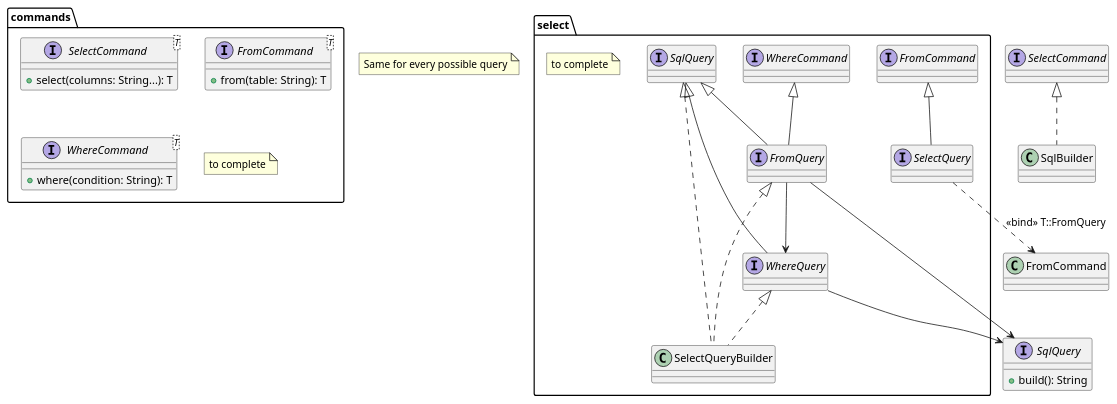
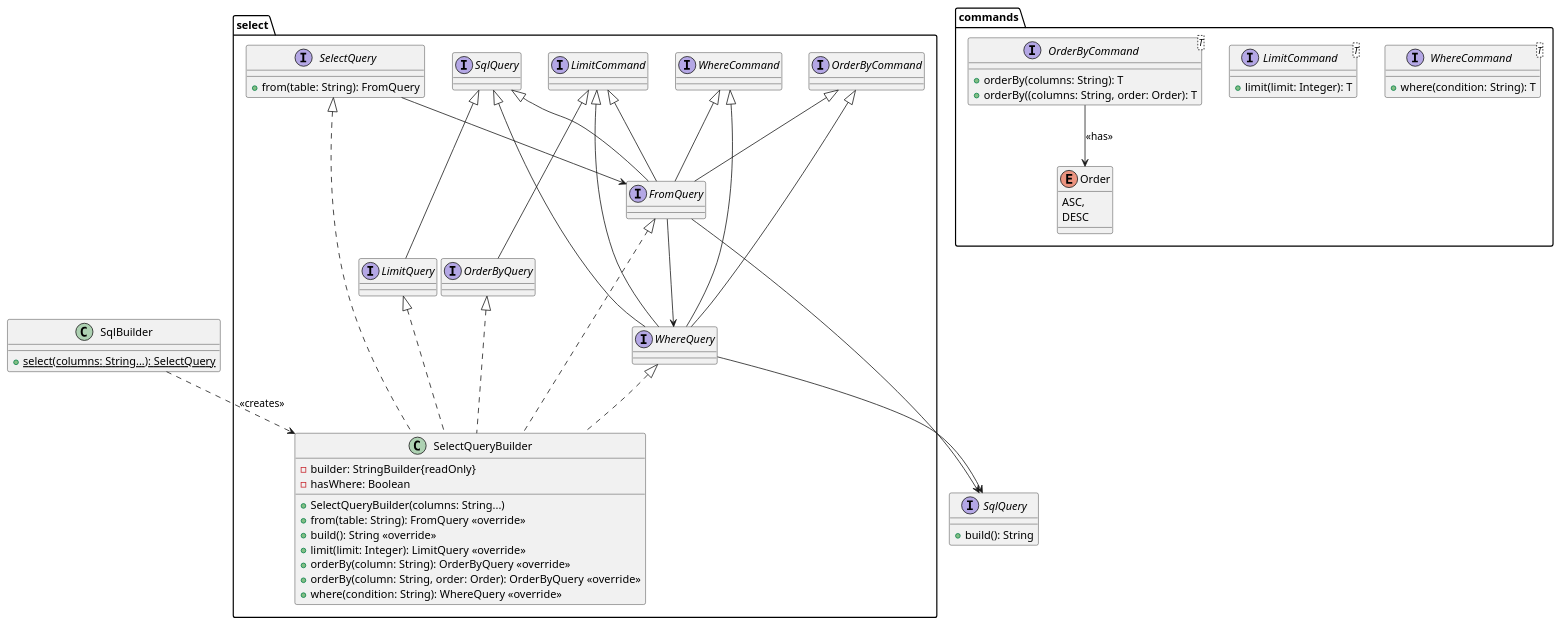
Before and after one commit to RedSkyi/SqlBuilder: the diagram in uml/class.puml, drawn with PlantUML.

Commit message:
Update UML

```diff
--- a/uml/class.puml
+++ b/uml/class.puml
@@ -1,44 +1,73 @@
 @startuml
+
+
 'https://plantuml.com/class-diagram
 
 package commands {
-    interface SelectCommand<T> {
-        +select(columns: String...): T
-    }
-
-    interface FromCommand<T> {
-        +from(table: String): T
-    }
 
     interface WhereCommand<T> {
        +where(condition: String): T
     }
 
-    note "to complete" as N1
+    interface LimitCommand<T>{
+        +limit(limit: Integer): T
+    }
+
+    interface OrderByCommand<T> {
+        +orderBy(columns: String): T
+        +orderBy((columns: String, order: Order): T
+    }
+    OrderByCommand --> Order : <<has>>
+
+    enum Order {
+        ASC,
+        DESC
+    }
+
+
+
 }
 
 package select {
-    interface SelectQuery implements FromCommand
-    interface FromQuery implements WhereCommand, SqlQuery
-    interface WhereQuery implements SqlQuery
+    interface FromQuery extends WhereCommand, OrderByCommand, LimitCommand, SqlQuery
+    interface LimitQuery extends SqlQuery
+    interface OrderByQuery extends LimitCommand
+    interface SelectQuery {
+        +from(table: String): FromQuery
+    }
 
-    class SelectQueryBuilder implements FromQuery, WhereQuery, SqlQuery
+    class SelectQueryBuilder implements SelectQuery, FromQuery, LimitQuery, OrderByQuery, WhereQuery {
+        -builder: StringBuilder{readOnly}
+        -hasWhere: Boolean
+        +SelectQueryBuilder(columns: String...)
+        +from(table: String): FromQuery <<override>>
+        +build(): String <<override>>
+        +limit(limit: Integer): LimitQuery <<override>>
+        +orderBy(column: String): OrderByQuery <<override>>
+        +orderBy(column: String, order: Order): OrderByQuery <<override>>
+        +where(condition: String): WhereQuery <<override>>
+    }
 
-    note "to complete" as N2
+    interface WhereQuery extends WhereCommand, OrderByCommand, LimitCommand, SqlQuery
+
 }
-
-note "Same for every possible query" as N3
-
 interface SqlQuery {
     +build(): String
 }
 
-class SqlBuilder implements SelectCommand
+class SqlBuilder{
+    {static}+select(columns: String...): SelectQuery
+}
 
-SelectQuery ..> FromCommand: <<bind>> T::FromQuery
 
+SqlBuilder ..> SelectQueryBuilder: <<creates>>
+
+
+
+'Relation je suis pas sur'
 WhereQuery --> SqlQuery
 FromQuery --> SqlQuery
 FromQuery --> WhereQuery
+SelectQuery --> FromQuery
 
 @enduml
```
